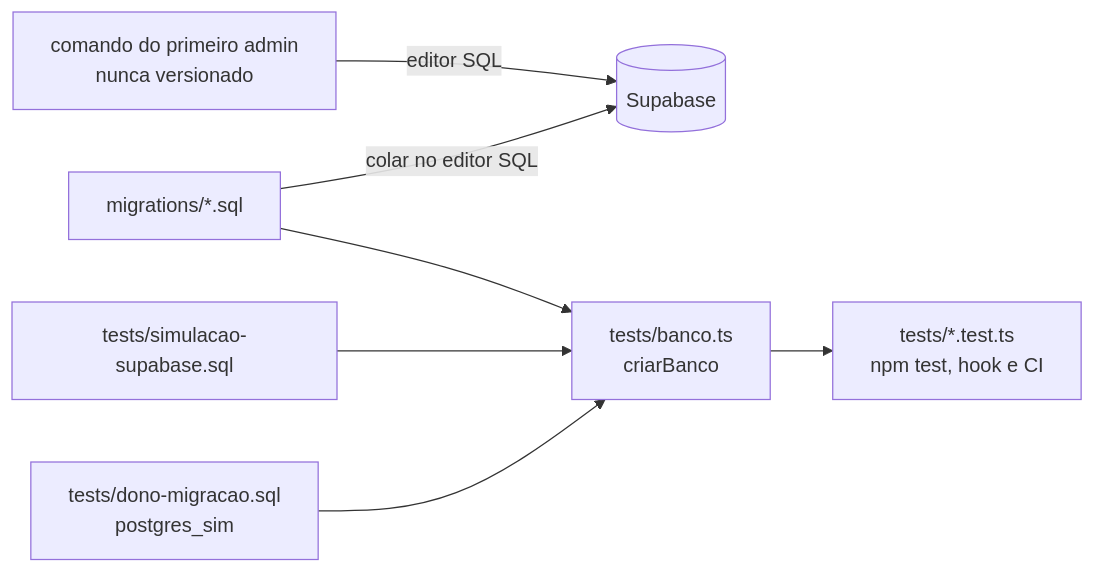
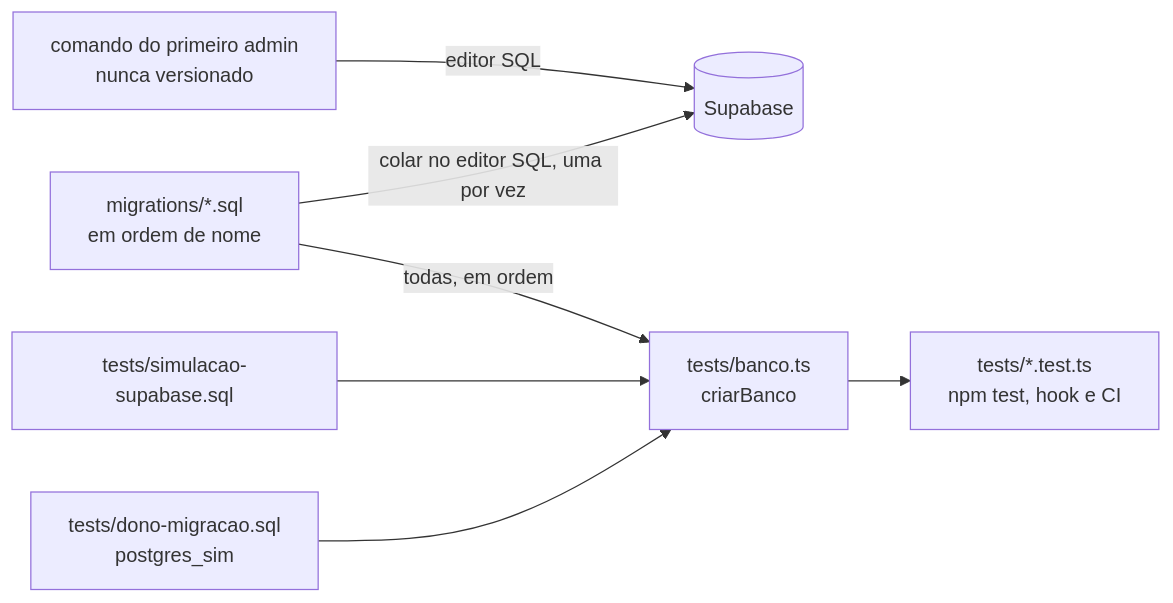
One commit to TokumoH/RevocastCameras changed the diagram in supabase/README.md. Above: the diagram before and after it, drawn with Mermaid. The commit also changed other lines of this file and 9 other files, not shown here.

````diff
--- a/supabase/README.md
+++ b/supabase/README.md
@@ -58,9 +58,9 @@
 ```mermaid
 flowchart LR
-    M[migrations/*.sql] -->|colar no editor SQL| S[(Supabase)]
+    M[migrations/*.sql<br/>em ordem de nome] -->|colar no editor SQL, uma por vez| S[(Supabase)]
     A[comando do primeiro admin<br/>nunca versionado] -->|editor SQL| S
     SIM[tests/simulacao-supabase.sql] --> B[tests/banco.ts<br/>criarBanco]
     DONO[tests/dono-migracao.sql<br/>postgres_sim] --> B
-    M --> B
+    M -->|todas, em ordem| B
     B --> T[tests/*.test.ts<br/>npm test, hook e CI]
 ```
````
